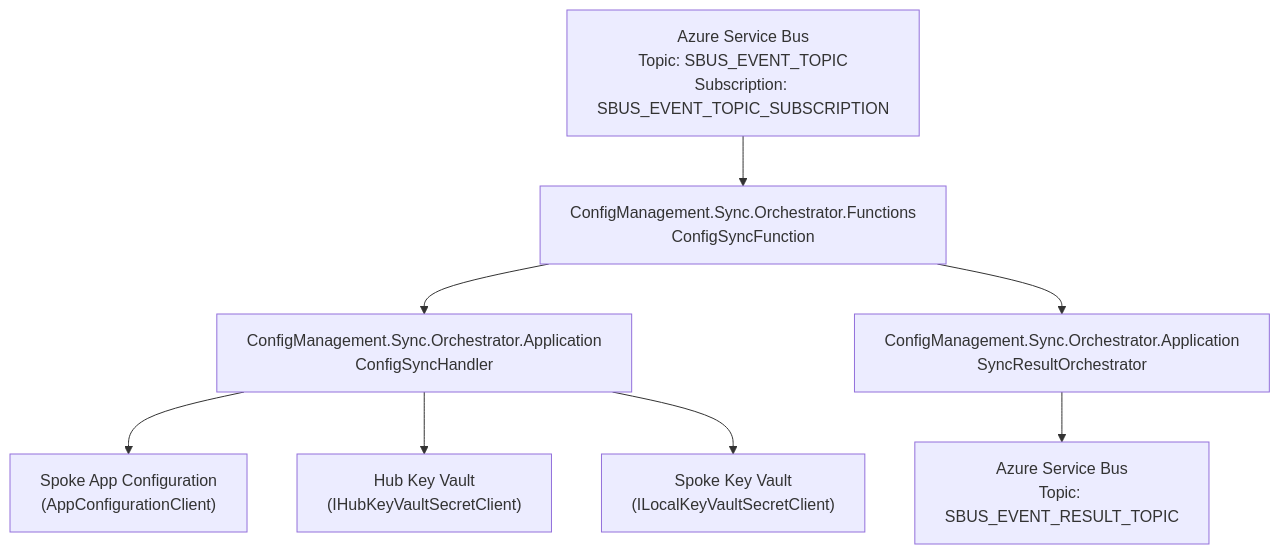
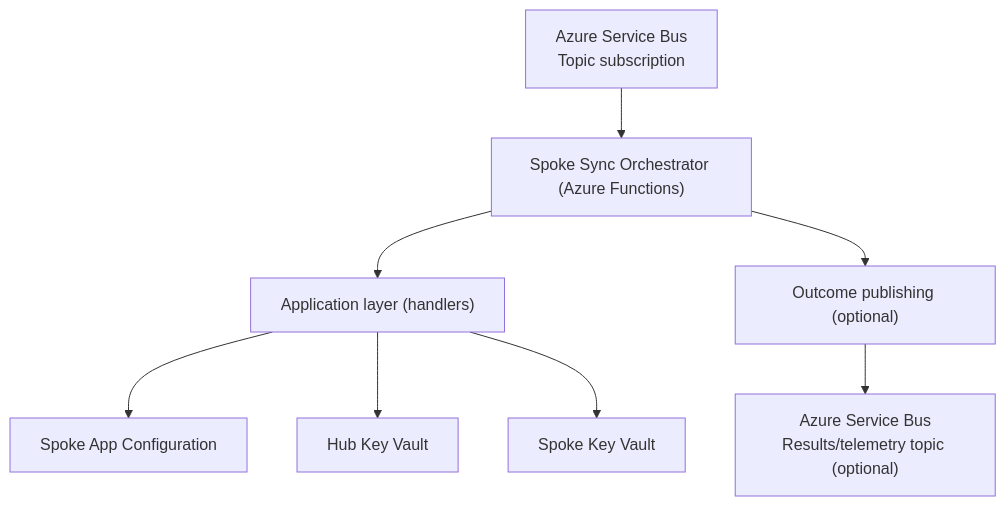
The second of 3 diagrams in docs/Architecture.md (sowens81/aep-cmo-azure-enterprise-platform-config-management-orchestrator), drawn with Mermaid before and after one commit. The commit also changed other lines of this file and 38 other files, not shown here.

````diff
--- a/docs/Architecture.md
+++ b/docs/Architecture.md
@@ -115,13 +115,13 @@
 ```mermaid
 flowchart TB
-  sb["Azure Service Bus<br>Topic: SBUS_EVENT_TOPIC<br>Subscription: SBUS_EVENT_TOPIC_SUBSCRIPTION"] --> func["ConfigManagement.Sync.Orchestrator.Functions<br>ConfigSyncFunction"]
+  sb["Azure Service Bus<br>Topic subscription"] --> func["Spoke Sync Orchestrator (Azure Functions)"]
 
-  func --> app["ConfigManagement.Sync.Orchestrator.Application<br>ConfigSyncHandler"]
-  func --> results["ConfigManagement.Sync.Orchestrator.Application<br>SyncResultOrchestrator"]
+  func --> app["Application layer (handlers)"]
+  func --> results["Outcome publishing (optional)"]
 
-  app --> appCfg["Spoke App Configuration<br>(AppConfigurationClient)"]
-  app --> hubKv["Hub Key Vault<br>(IHubKeyVaultSecretClient)"]
-  app --> spokeKv["Spoke Key Vault<br>(ILocalKeyVaultSecretClient)"]
+  app --> appCfg["Spoke App Configuration"]
+  app --> hubKv["Hub Key Vault"]
+  app --> spokeKv["Spoke Key Vault"]
 
-  results --> sbRes["Azure Service Bus<br>Topic: SBUS_EVENT_RESULT_TOPIC"]
+  results --> sbRes["Azure Service Bus<br>Results/telemetry topic (optional)"]
 ```
````
